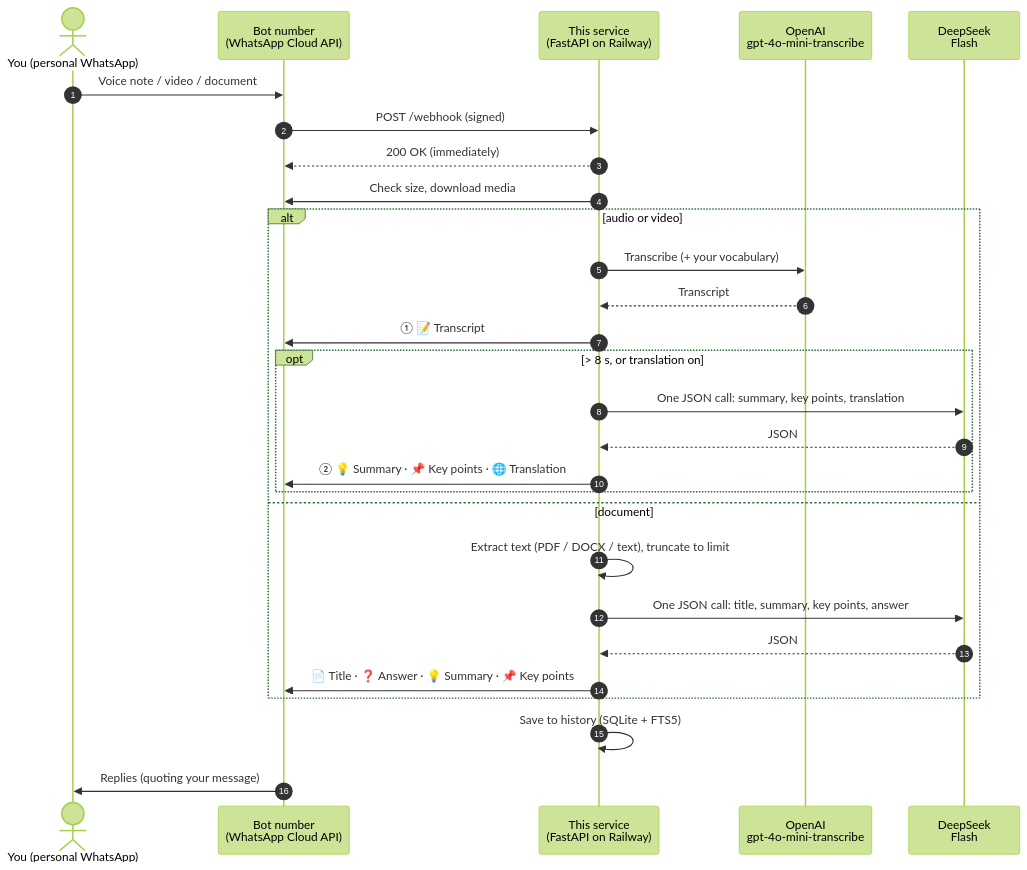
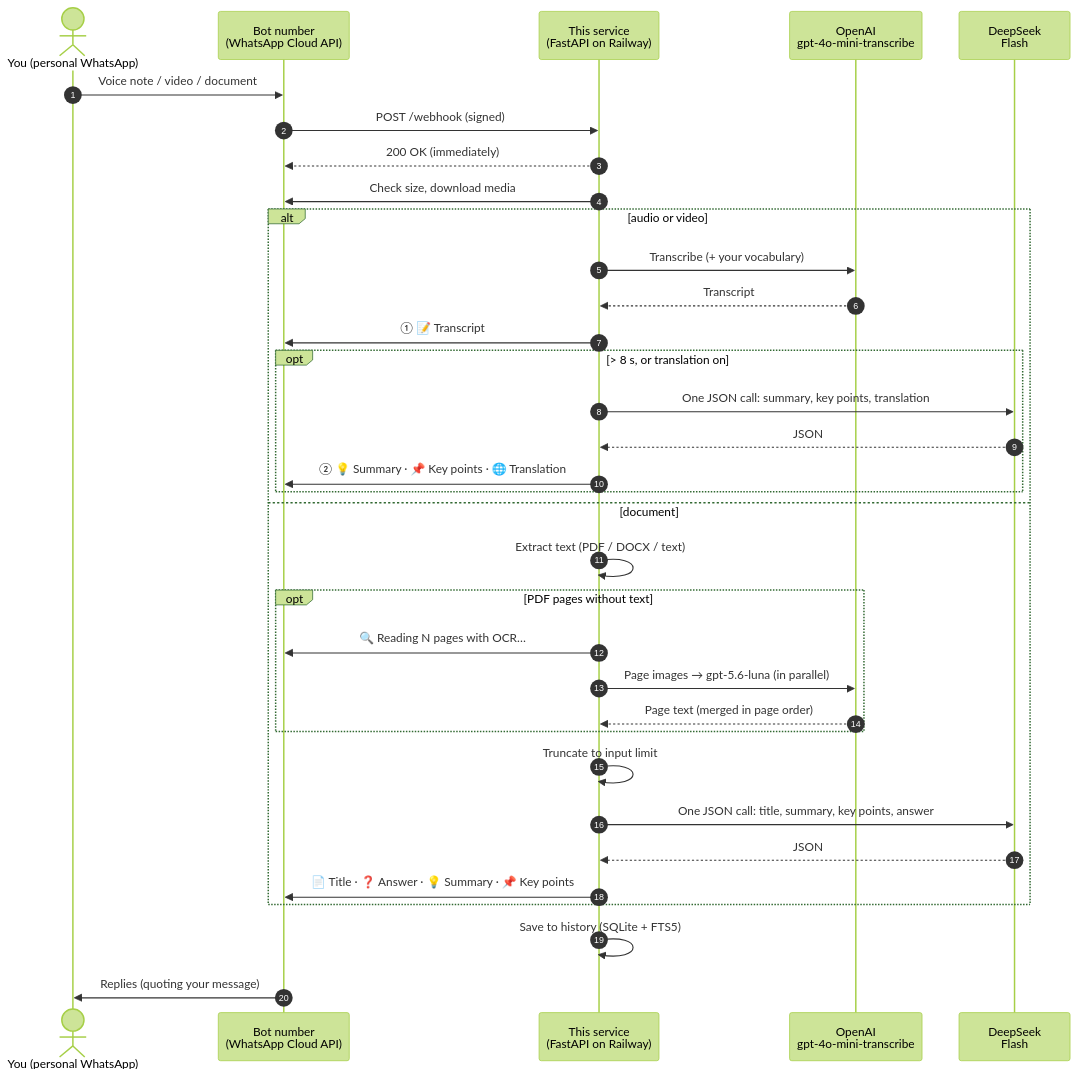
One commit to kwincheah/whatsapp_transcript_service changed the diagram in README.md. Above: the diagram before and after it, drawn with Mermaid (forest theme). The commit also changed other lines of this file and 8 other files, not shown here.

First line of the commit message:
OCR scanned PDF pages with an OpenAI vision model

````diff
--- a/README.md
+++ b/README.md
@@ -165,31 +190,37 @@
 ```mermaid
 sequenceDiagram
     autonumber
     actor You as You (personal WhatsApp)
     participant WA as Bot number<br/>(WhatsApp Cloud API)
     participant Svc as This service<br/>(FastAPI on Railway)
     participant OAI as OpenAI<br/>gpt-4o-mini-transcribe
     participant DS as DeepSeek<br/>Flash
 
     You->>WA: Voice note / video / document
     WA->>Svc: POST /webhook (signed)
     Svc-->>WA: 200 OK (immediately)
     Svc->>WA: Check size, download media
     alt audio or video
         Svc->>OAI: Transcribe (+ your vocabulary)
         OAI-->>Svc: Transcript
         Svc->>WA: ① 📝 Transcript
         opt > 8 s, or translation on
             Svc->>DS: One JSON call: summary, key points, translation
             DS-->>Svc: JSON
             Svc->>WA: ② 💡 Summary · 📌 Key points · 🌐 Translation
         end
     else document
-        Svc->>Svc: Extract text (PDF / DOCX / text), truncate to limit
+        Svc->>Svc: Extract text (PDF / DOCX / text)
+        opt PDF pages without text
+            Svc->>WA: 🔍 Reading N pages with OCR…
+            Svc->>OAI: Page images → gpt-5.6-luna (in parallel)
+            OAI-->>Svc: Page text (merged in page order)
+        end
+        Svc->>Svc: Truncate to input limit
         Svc->>DS: One JSON call: title, summary, key points, answer
         DS-->>Svc: JSON
         Svc->>WA: 📄 Title · ❓ Answer · 💡 Summary · 📌 Key points
     end
     Svc->>Svc: Save to history (SQLite + FTS5)
     WA->>You: Replies (quoting your message)
 ```
````
